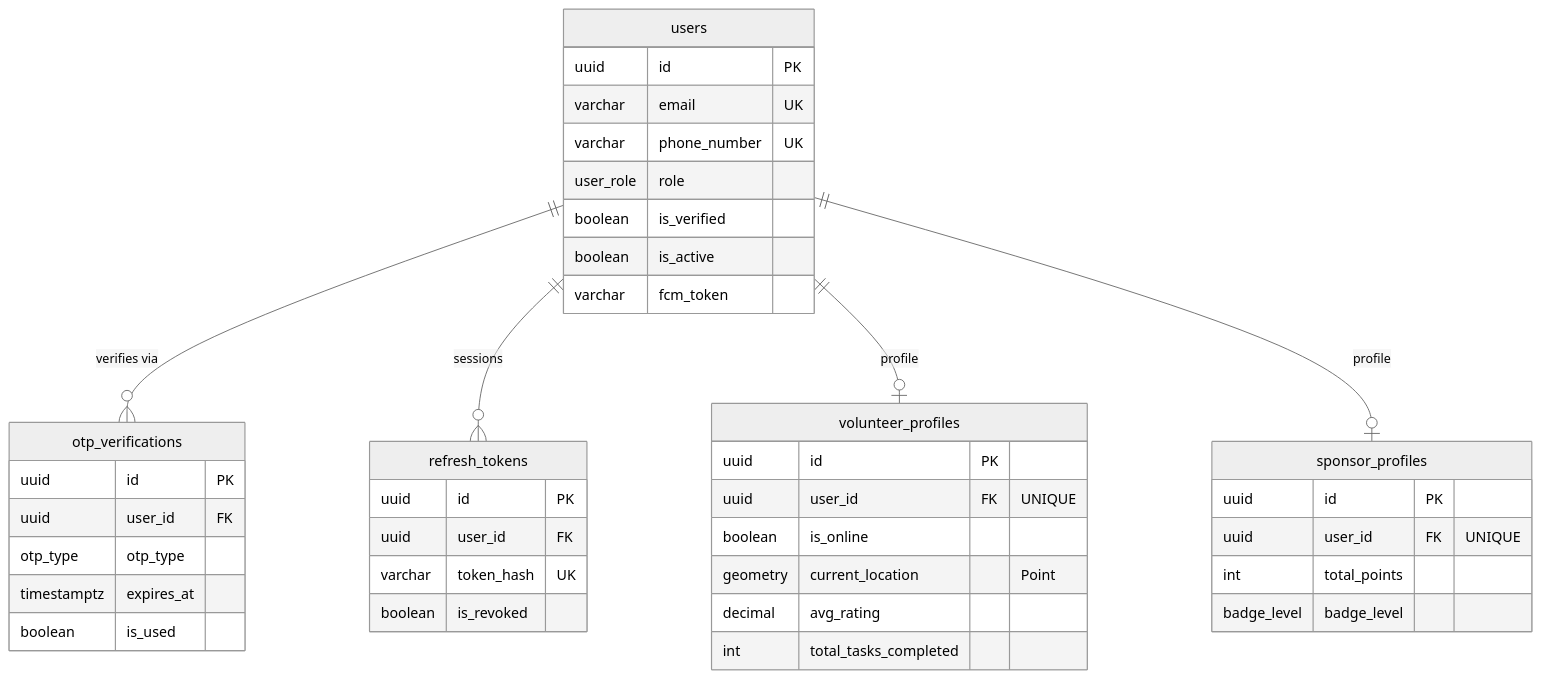
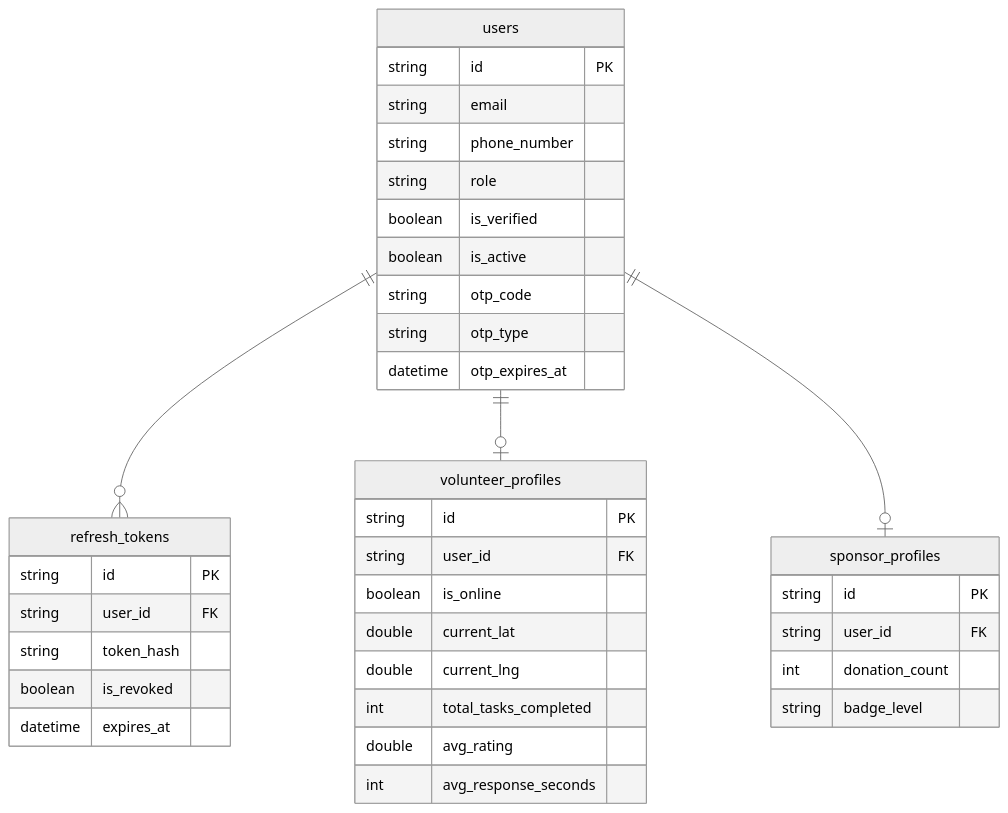
The second of 6 diagrams in docs/erd.md (phatnguyen975/AidBridge), drawn with Mermaid (neutral theme) before and after one commit. The commit also changed other lines of this file and 15 other files, not shown here.

Commit message:
Database.md and erd.md preview

````diff
--- a/docs/erd.md
+++ b/docs/erd.md
@@ -447,44 +350,41 @@
 ```mermaid
 erDiagram
     users {
-        uuid      id            PK
-        varchar   email         UK
-        varchar   phone_number  UK
-        user_role role
-        boolean   is_verified
-        boolean   is_active
-        varchar   fcm_token
-    }
-    otp_verifications {
-        uuid        id        PK
-        uuid        user_id   FK
-        otp_type    otp_type
-        timestamptz expires_at
-        boolean     is_used
+        string id PK
+        string email
+        string phone_number
+        string role
+        boolean is_verified
+        boolean is_active
+        string otp_code
+        string otp_type
+        datetime otp_expires_at
     }
     refresh_tokens {
-        uuid    id          PK
-        uuid    user_id     FK
-        varchar token_hash  UK
+        string id PK
+        string user_id FK
+        string token_hash
         boolean is_revoked
+        datetime expires_at
     }
     volunteer_profiles {
-        uuid    id      PK
-        uuid    user_id FK "UNIQUE"
+        string id PK
+        string user_id FK
         boolean is_online
-        geometry current_location "Point"
-        decimal avg_rating
-        int     total_tasks_completed
+        double current_lat
+        double current_lng
+        int total_tasks_completed
+        double avg_rating
+        int avg_response_seconds
     }
     sponsor_profiles {
-        uuid        id          PK
-        uuid        user_id     FK "UNIQUE"
-        int         total_points
-        badge_level badge_level
+        string id PK
+        string user_id FK
+        int donation_count
+        string badge_level
     }
 
-    users ||--o{ otp_verifications   : "verifies via"
-    users ||--o{ refresh_tokens      : "sessions"
-    users ||--o| volunteer_profiles  : "profile"
-    users ||--o| sponsor_profiles    : "profile"
+    users ||--o{ refresh_tokens : ""
+    users ||--o| volunteer_profiles : ""
+    users ||--o| sponsor_profiles : ""
 ```
````
